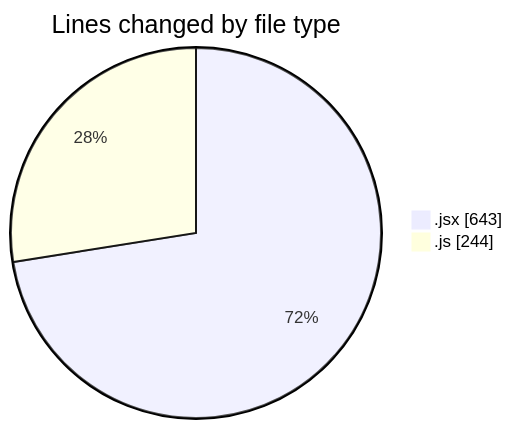
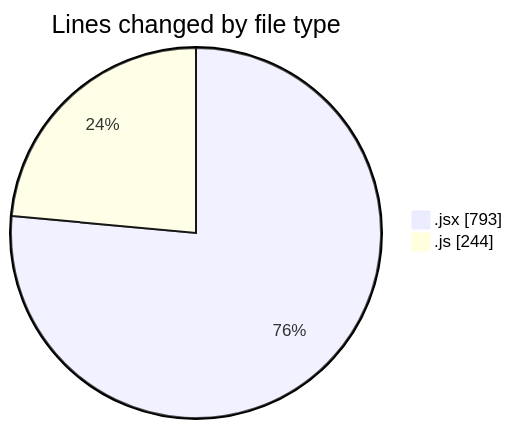
One commit to nxtqubesakshisongat/code-tracking changed the first of 2 diagrams in 2025-12-14/nxtqube_webapp/README.md. Above: the diagram before and after it, drawn with Mermaid. The commit also changed other lines of this file and 1 other file, not shown here.

````diff
--- a/2025-12-14/nxtqube_webapp/README.md
+++ b/2025-12-14/nxtqube_webapp/README.md
@@ -22,6 +22,6 @@
 ```mermaid
 pie showData
 title Lines changed by file type
-".jsx" : 643
+".jsx" : 793
 ".js" : 244
 ```
````
